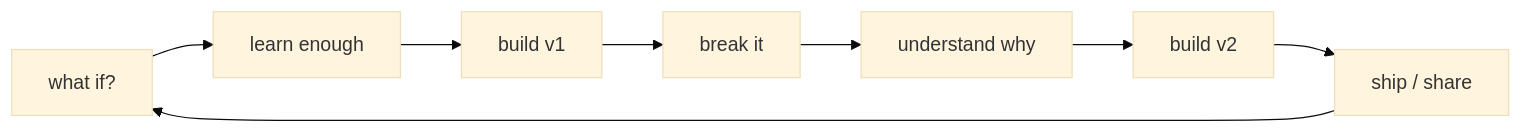
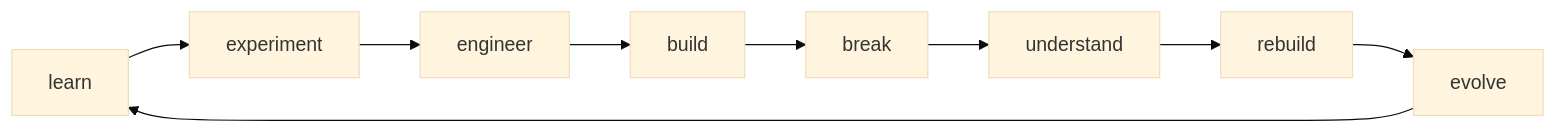
One commit to Rajputyatharth0007/Rajputyatharth0007 changed the diagram in README.md. Above: the diagram before and after it, drawn with Mermaid (base theme). The commit also changed other lines of this file, not shown here.

````diff
--- a/README.md
+++ b/README.md
@@ -145,10 +162,11 @@
 ```mermaid
 flowchart LR
-    A["what if?"] --> B["learn enough"]
-    B --> C["build v1"]
-    C --> D["break it"]
-    D --> E["understand why"]
-    E --> F["build v2"]
-    F --> G["ship / share"]
-    G --> A
+    A["learn"] --> B["experiment"]
+    B --> C["engineer"]
+    C --> D["build"]
+    D --> E["break"]
+    E --> F["understand"]
+    F --> G["rebuild"]
+    G --> H["evolve"]
+    H --> A
 ```
````
